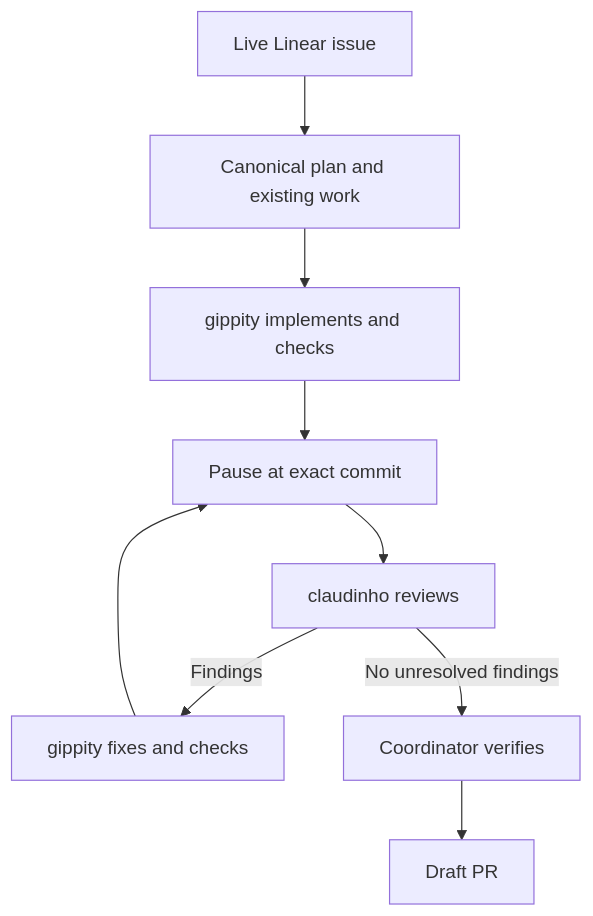
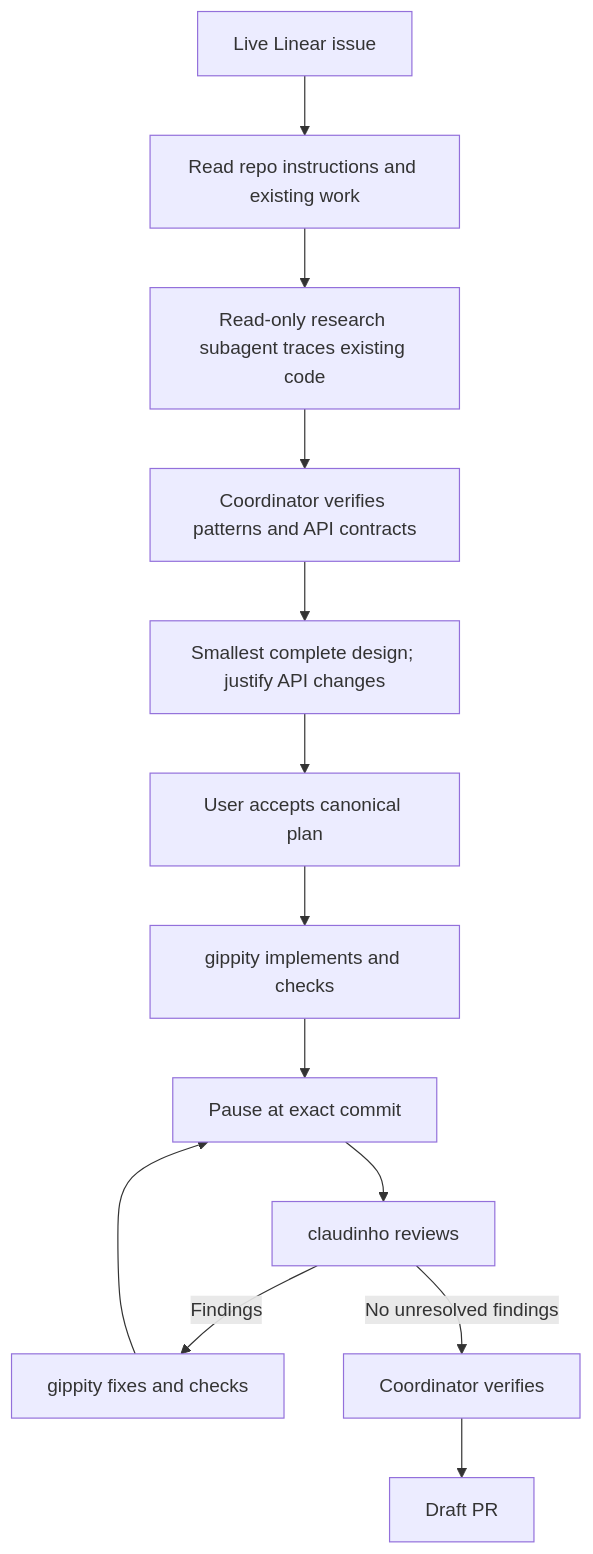
One commit to ShreyeshArangath/dotfiles changed the diagram in agents/skills/five-knuckle-shuffle/SKILL.md. Above: the diagram before and after it, drawn with Mermaid. The commit also changed other lines of this file and 5 other files, not shown here.

````diff
--- a/agents/skills/five-knuckle-shuffle/SKILL.md
+++ b/agents/skills/five-knuckle-shuffle/SKILL.md
@@ -12,11 +12,15 @@
 ```mermaid
 flowchart TD
-  Issue[Live Linear issue] --> Plan[Canonical plan and existing work]
-  Plan --> Impl[gippity implements and checks]
+  Issue[Live Linear issue] --> Context[Read repo instructions and existing work]
+  Context --> Patterns[Read-only research subagent traces existing code]
+  Patterns --> Evidence[Coordinator verifies patterns and API contracts]
+  Evidence --> Plan[Smallest complete design; justify API changes]
+  Plan --> Accepted[User accepts canonical plan]
+  Accepted --> Impl[gippity implements and checks]
   Impl --> Pause[Pause at exact commit]
   Pause --> Review[claudinho reviews]
   Review -->|Findings| Fix[gippity fixes and checks]
   Fix --> Pause
   Review -->|No unresolved findings| Verify[Coordinator verifies]
   Verify --> Draft[Draft PR]
 ```
````
